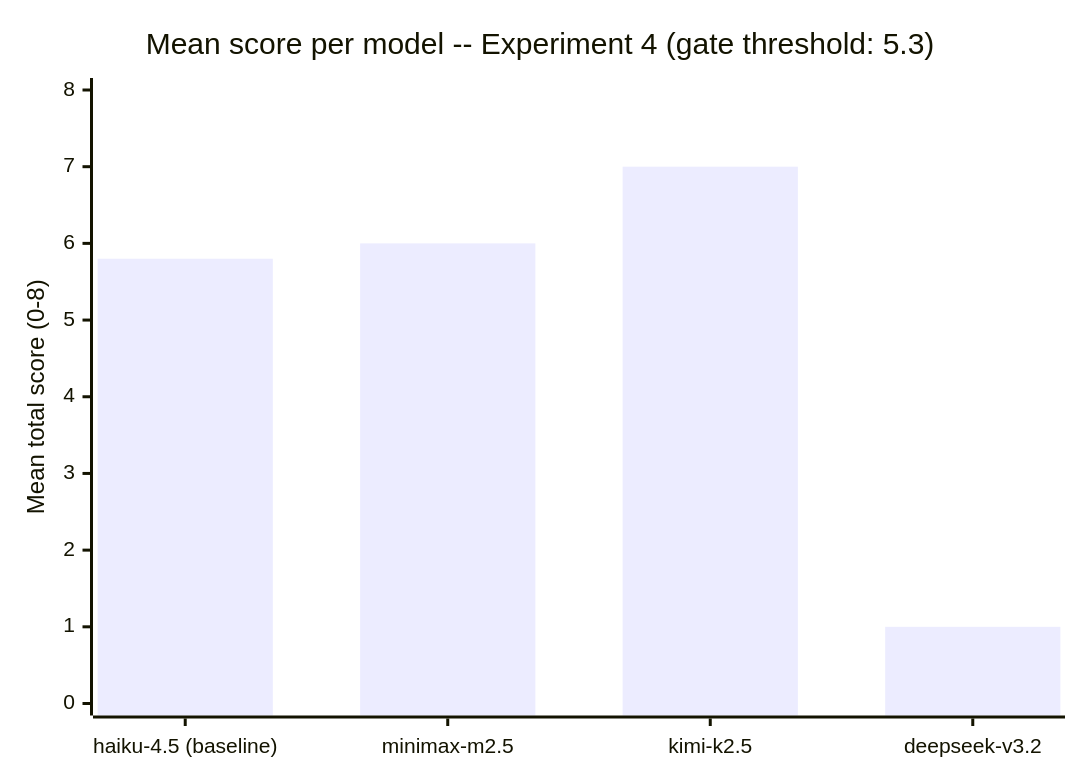
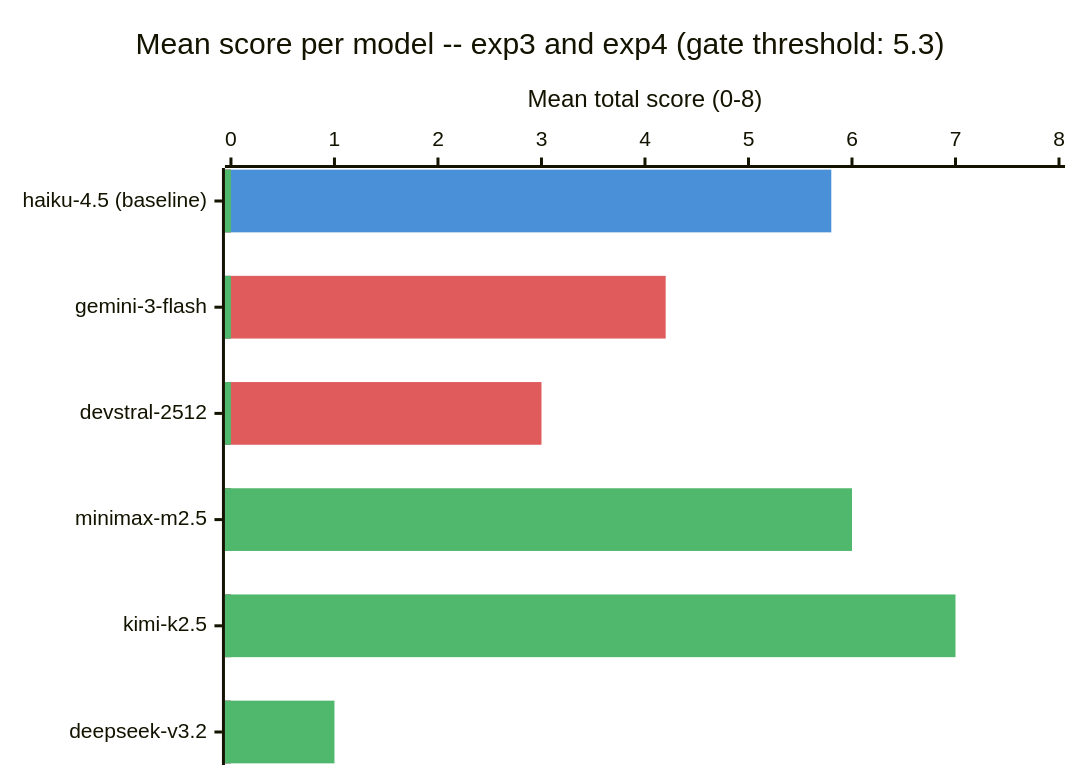
The diagram in README.md (clouatre-labs/llm-agent-experiments), drawn with Mermaid before and after one commit. The commit also changed other lines of this file, not shown here.

First line of the commit message:
docs(readme): merge exp3/exp4 bar charts into single horizontal figure

````diff
--- a/README.md
+++ b/README.md
@@ -68,7 +75,15 @@
 ```mermaid
-xychart-beta
-    title "Mean score per model -- Experiment 4 (gate threshold: 5.3)"
-    x-axis ["haiku-4.5 (baseline)", "minimax-m2.5", "kimi-k2.5", "deepseek-v3.2"]
+---
+config:
+  themeVariables:
+    xyChart:
+      plotColorPalette: "#4a90d9, #e05c5c, #50b86c"
+---
+xychart horizontal
+    title "Mean score per model -- exp3 and exp4 (gate threshold: 5.3)"
+    x-axis ["haiku-4.5 (baseline)", "gemini-3-flash", "devstral-2512", "minimax-m2.5", "kimi-k2.5", "deepseek-v3.2"]
     y-axis "Mean total score (0-8)" 0 --> 8
-    bar [5.8, 6.0, 7.0, 1.0]
+    bar "baseline" [5.8, 0, 0, 0, 0, 0]
+    bar "exp3" [0, 4.2, 3.0, 0, 0, 0]
+    bar "exp4" [0, 0, 0, 6.0, 7.0, 1.0]
 ```
````
